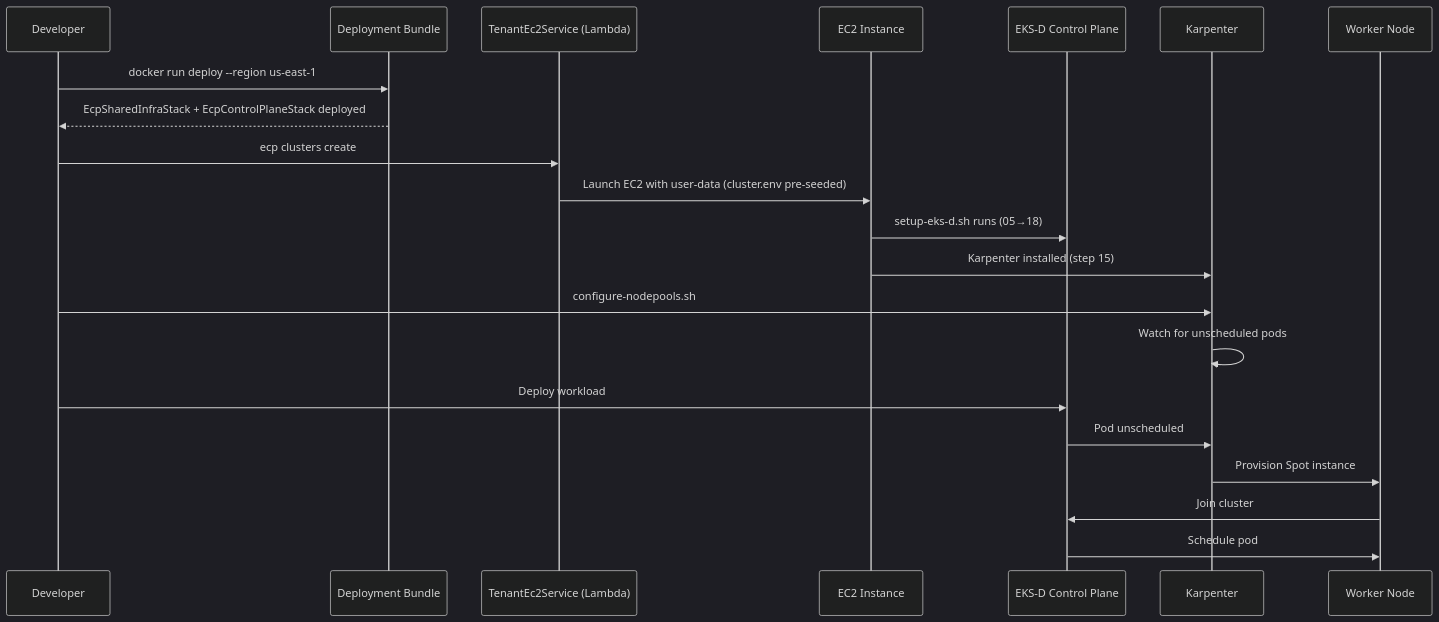
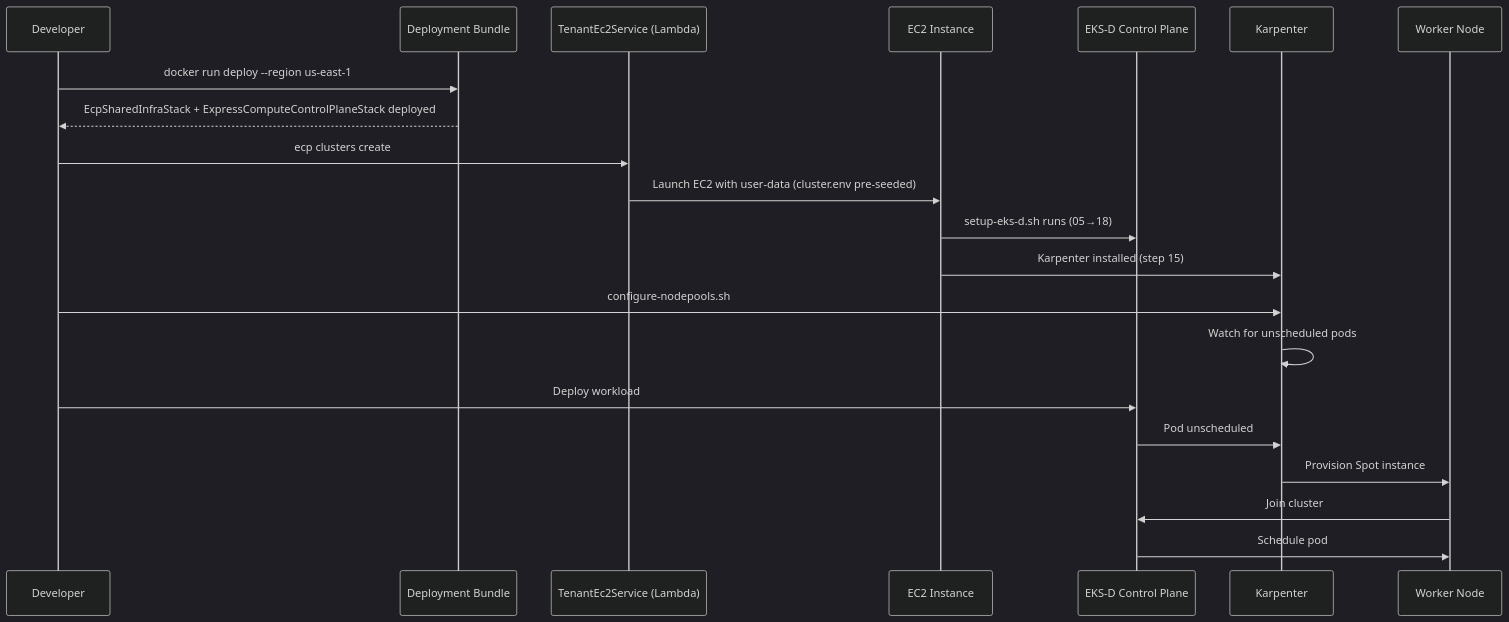
One commit to codriverlabs/express-compute-platform changed the third of 3 diagrams in docs/user-guides/architecture.md. Above: the diagram before and after it, drawn with Mermaid (dark theme). The commit also changed 3 other files, not shown here.

````diff
--- a/docs/user-guides/architecture.md
+++ b/docs/user-guides/architecture.md
@@ -108,27 +108,27 @@
 ```mermaid
 sequenceDiagram
     participant Dev as Developer
     participant Bundle as Deployment Bundle
     participant Lambda as TenantEc2Service (Lambda)
     participant EC2 as EC2 Instance
     participant EKS as EKS-D Control Plane
     participant K as Karpenter
     participant Worker as Worker Node
 
     Dev->>Bundle: docker run deploy --region us-east-1
-    Bundle-->>Dev: EcpSharedInfraStack + EcpControlPlaneStack deployed
+    Bundle-->>Dev: EcpSharedInfraStack + ExpressComputeControlPlaneStack deployed
 
     Dev->>Lambda: ecp clusters create
     Lambda->>EC2: Launch EC2 with user-data (cluster.env pre-seeded)
     EC2->>EKS: setup-eks-d.sh runs (05→18)
     EC2->>K: Karpenter installed (step 15)
 
     Dev->>K: configure-nodepools.sh
     K->>K: Watch for unscheduled pods
 
     Dev->>EKS: Deploy workload
     EKS->>K: Pod unscheduled
     K->>Worker: Provision Spot instance
     Worker->>EKS: Join cluster
     EKS->>Worker: Schedule pod
 ```
````
